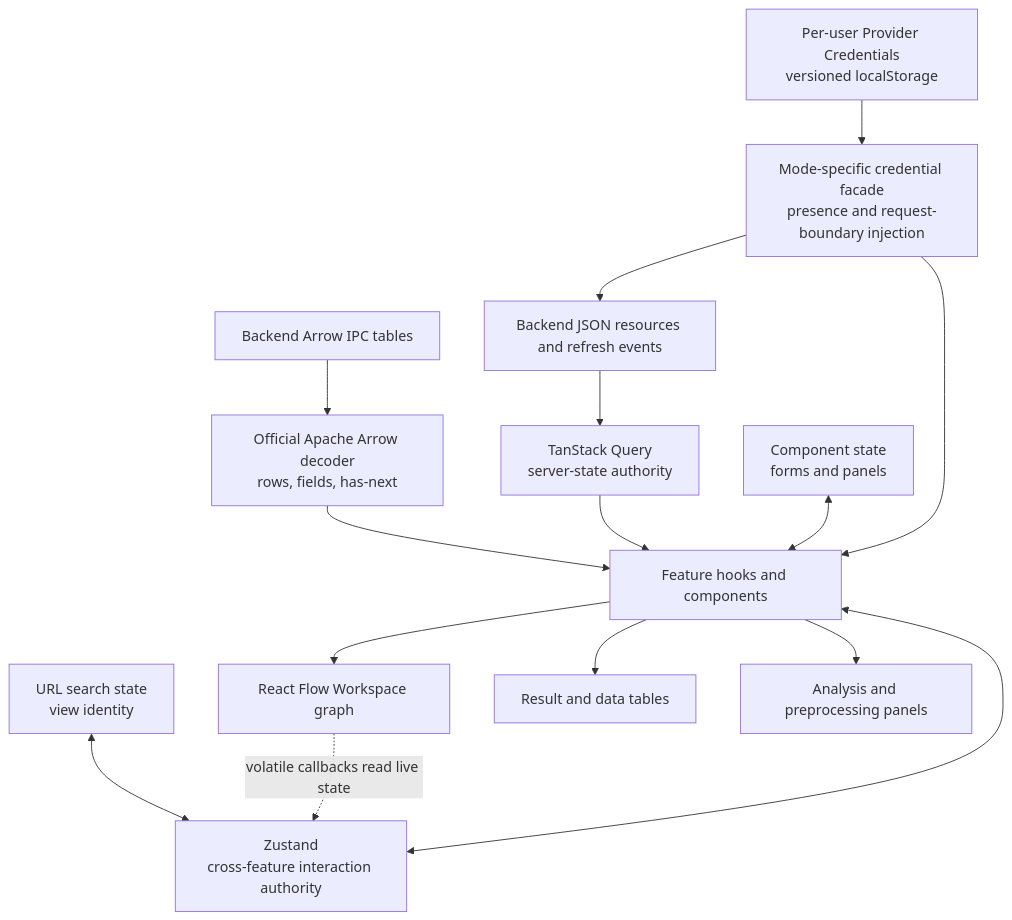
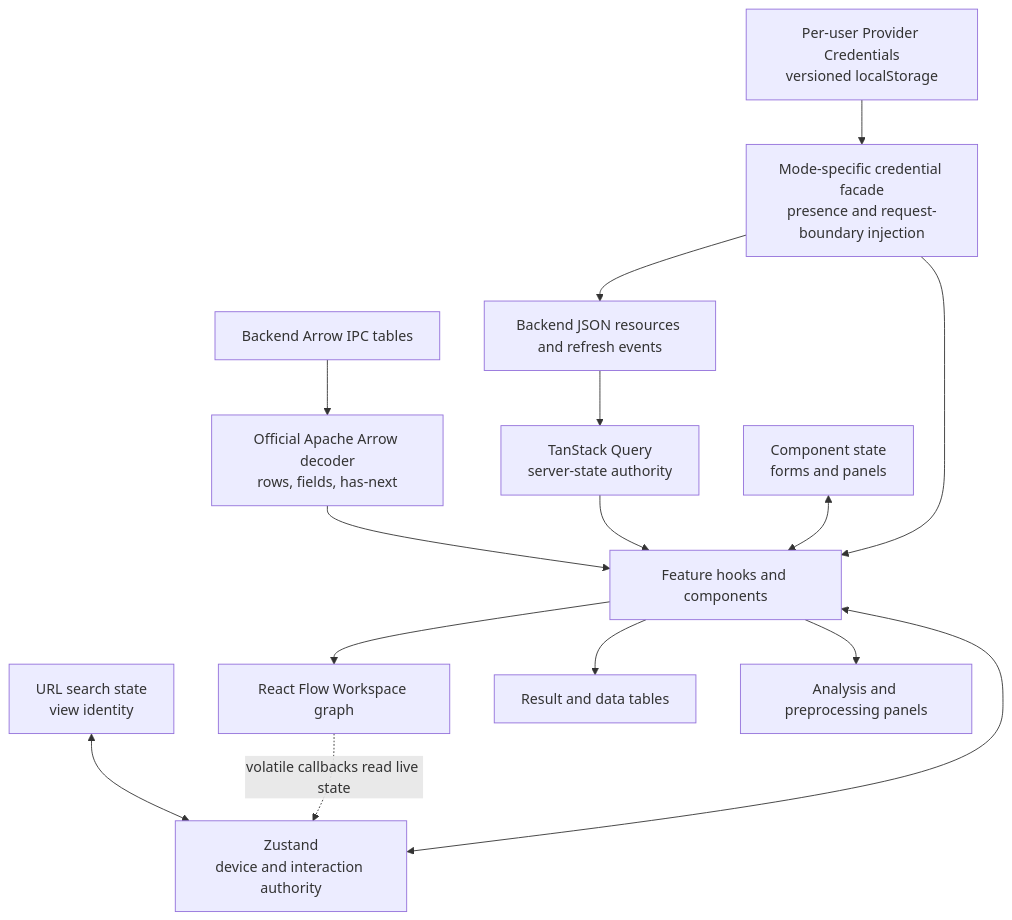
The diagram in docs/architecture/frontend/state-and-data-flow.md (Australian-Text-Analytics-Platform/ldaca_web_app), drawn with Mermaid before and after one commit. The commit also changed other lines of this file and 13 other files, not shown here.

````diff
--- a/docs/architecture/frontend/state-and-data-flow.md
+++ b/docs/architecture/frontend/state-and-data-flow.md
@@ -11,20 +12,20 @@
 ```mermaid
 flowchart TB
     BACKEND["Backend JSON resources and refresh events"] --> QUERY["TanStack Query<br/>server-state authority"]
     ARROW["Backend Arrow IPC tables"] --> DECODER["Official Apache Arrow decoder<br/>rows, fields, has-next"]
     DECODER --> FEATURES
     QUERY --> FEATURES["Feature hooks and components"]
 
-    ZUSTAND["Zustand<br/>cross-feature interaction authority"] <--> FEATURES
+    ZUSTAND["Zustand<br/>device and interaction authority"] <--> FEATURES
     LOCAL["Component state<br/>forms and panels"] <--> FEATURES
     URL["URL search state<br/>view identity"] <--> ZUSTAND
     BROWSER_CREDENTIALS["Per-user Provider Credentials<br/>versioned localStorage"] --> CREDENTIAL_FACADE["Mode-specific credential facade<br/>presence and request-boundary injection"]
     CREDENTIAL_FACADE --> FEATURES
     CREDENTIAL_FACADE --> BACKEND
 
     FEATURES --> GRAPH["React Flow Workspace graph"]
     FEATURES --> TABLES["Result and data tables"]
     FEATURES --> PANELS["Analysis and preprocessing panels"]
 
     GRAPH -. "volatile callbacks read live state" .-> ZUSTAND
 ```
````
